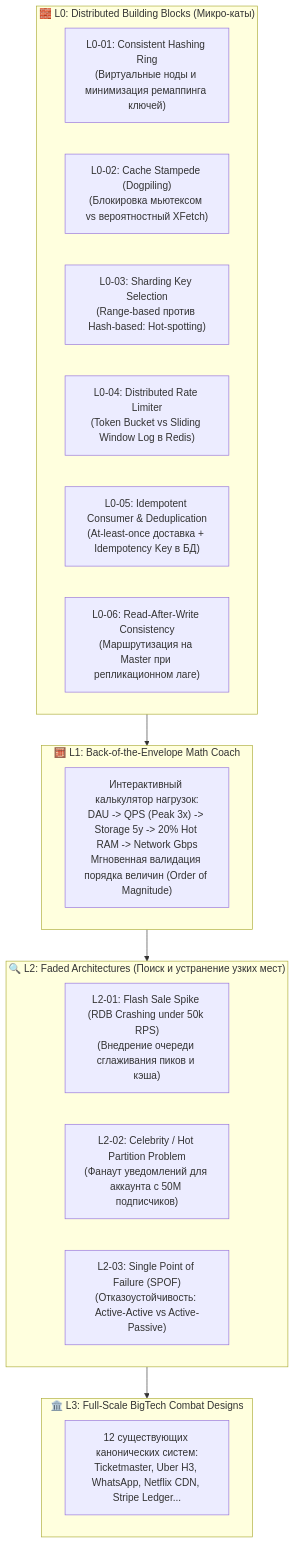
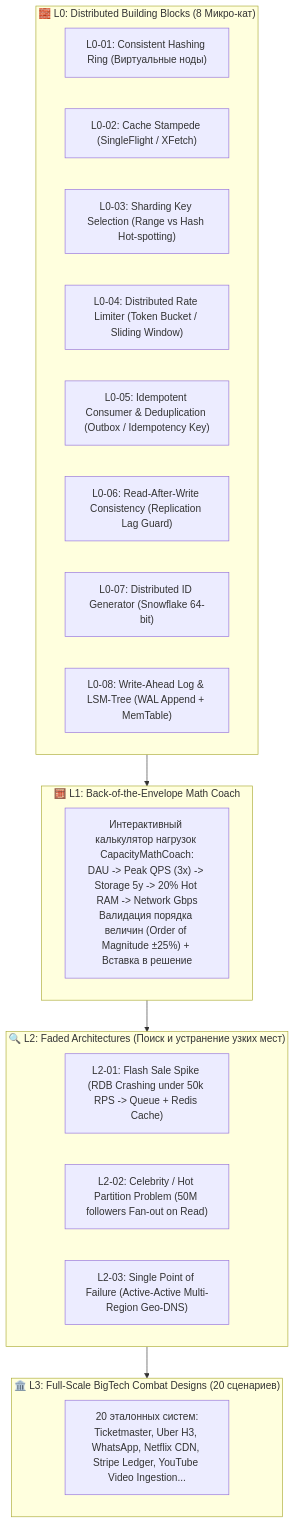
The diagram in docs/roadmap/phase_09_system_design_cognitive_ladder.md (iliaIz/interview_tutor), drawn with Mermaid before and after one commit. The commit also changed other lines of this file and 7 other files, not shown here.

Commit message:
feat(system-design): cognitive ladder scaffolding, L1 Capacity Math Coach and System Design Compass

````diff
--- a/docs/roadmap/phase_09_system_design_cognitive_ladder.md
+++ b/docs/roadmap/phase_09_system_design_cognitive_ladder.md
@@ -22,27 +22,29 @@
 ```mermaid
 graph TD
-    subgraph L0 ["🧱 L0: Distributed Building Blocks (Микро-каты)"]
-        B01["L0-01: Consistent Hashing Ring\n(Виртуальные ноды и минимизация ремаппинга ключей)"]
-        B02["L0-02: Cache Stampede (Dogpiling)\n(Блокировка мьютексом vs вероятностный XFetch)"]
-        B03["L0-03: Sharding Key Selection\n(Range-based против Hash-based: Hot-spotting)"]
-        B04["L0-04: Distributed Rate Limiter\n(Token Bucket vs Sliding Window Log в Redis)"]
-        B05["L0-05: Idempotent Consumer & Deduplication\n(At-least-once доставка + Idempotency Key в БД)"]
-        B06["L0-06: Read-After-Write Consistency\n(Маршрутизация на Master при репликационном лаге)"]
+    subgraph L0 ["🧱 L0: Distributed Building Blocks (8 Микро-кат)"]
+        B01["L0-01: Consistent Hashing Ring (Виртуальные ноды)"]
+        B02["L0-02: Cache Stampede (SingleFlight / XFetch)"]
+        B03["L0-03: Sharding Key Selection (Range vs Hash Hot-spotting)"]
+        B04["L0-04: Distributed Rate Limiter (Token Bucket / Sliding Window)"]
+        B05["L0-05: Idempotent Consumer & Deduplication (Outbox / Idempotency Key)"]
+        B06["L0-06: Read-After-Write Consistency (Replication Lag Guard)"]
+        B07["L0-07: Distributed ID Generator (Snowflake 64-bit)"]
+        B08["L0-08: Write-Ahead Log & LSM-Tree (WAL Append + MemTable)"]
     end
 
     subgraph L1 ["🧮 L1: Back-of-the-Envelope Math Coach"]
-        M01["Интерактивный калькулятор нагрузок:\nDAU -> QPS (Peak 3x) -> Storage 5y -> 20% Hot RAM -> Network Gbps\nМгновенная валидация порядка величин (Order of Magnitude)"]
+        M01["Интерактивный калькулятор нагрузок CapacityMathCoach:\nDAU -> Peak QPS (3x) -> Storage 5y -> 20% Hot RAM -> Network Gbps\nВалидация порядка величин (Order of Magnitude ±25%) + Вставка в решение"]
     end
 
     subgraph L2 ["🔍 L2: Faded Architectures (Поиск и устранение узких мест)"]
-        F01["L2-01: Flash Sale Spike (RDB Crashing under 50k RPS)\n(Внедрение очереди сглаживания пиков и кэша)"]
-        F02["L2-02: Celebrity / Hot Partition Problem\n(Фанаут уведомлений для аккаунта с 50M подписчиков)"]
-        F03["L2-03: Single Point of Failure (SPOF)\n(Отказоустойчивость: Active-Active vs Active-Passive)"]
+        F01["L2-01: Flash Sale Spike (RDB Crashing under 50k RPS -> Queue + Redis Cache)"]
+        F02["L2-02: Celebrity / Hot Partition Problem (50M followers Fan-out on Read)"]
+        F03["L2-03: Single Point of Failure (Active-Active Multi-Region Geo-DNS)"]
     end
 
-    subgraph L3 ["🏛️ L3: Full-Scale BigTech Combat Designs"]
-        C01["12 существующих канонических систем:\nTicketmaster, Uber H3, WhatsApp, Netflix CDN, Stripe Ledger..."]
+    subgraph L3 ["🏛️ L3: Full-Scale BigTech Combat Designs (20 сценариев)"]
+        C01["20 эталонных систем:\nTicketmaster, Uber H3, WhatsApp, Netflix CDN, Stripe Ledger, YouTube Video Ingestion..."]
     end
 
     L0 --> L1 --> L2 --> L3
 ```
````
